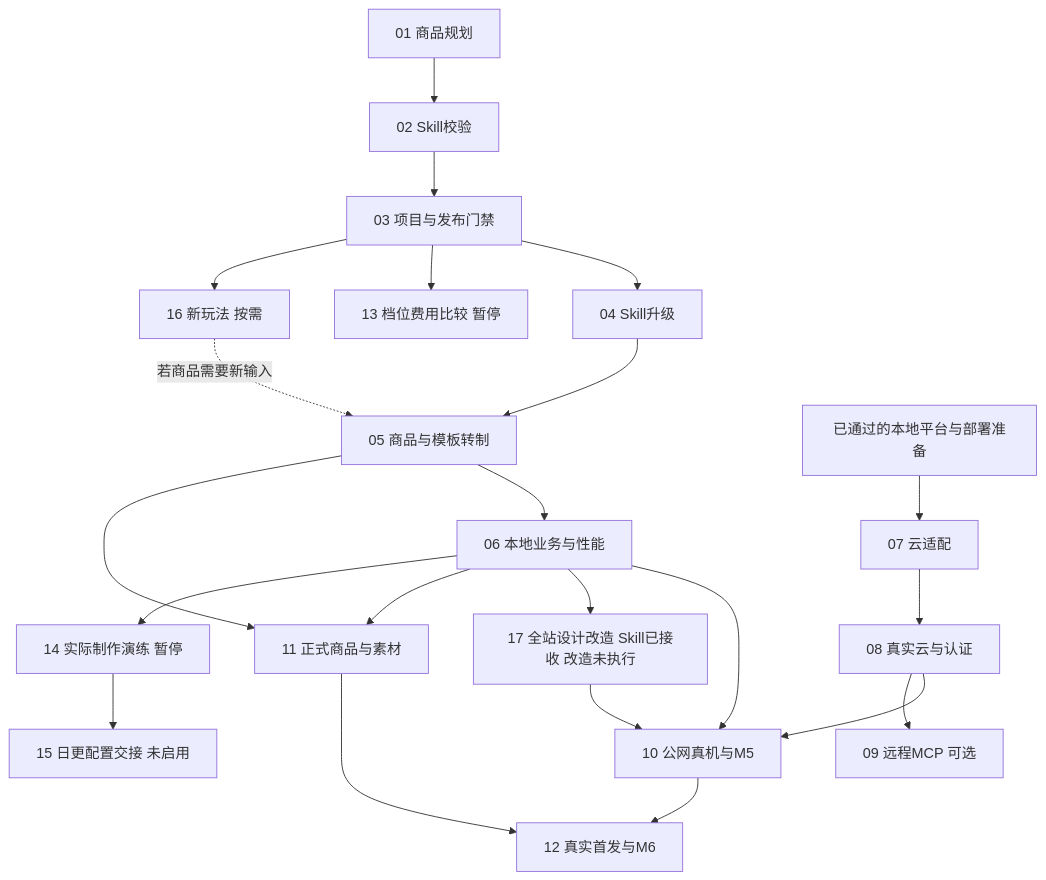
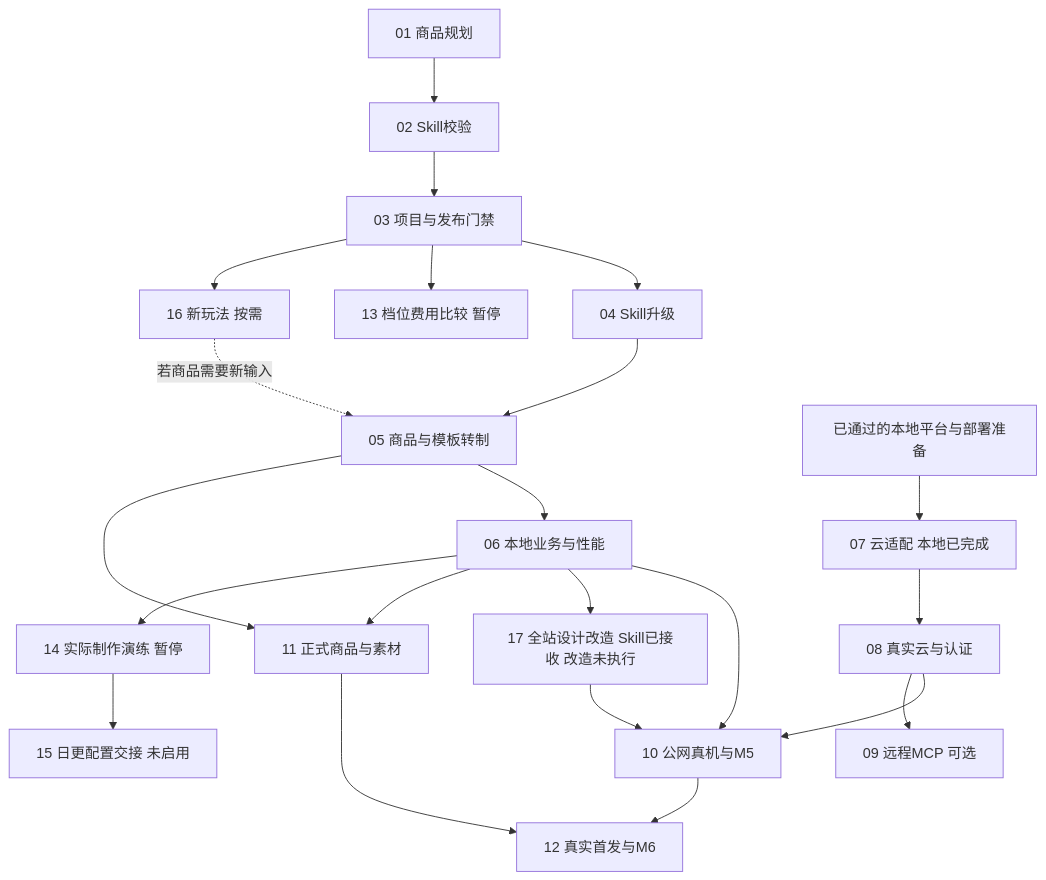
The diagram in prd/v1/tasks/README.md (mikoe133/Or-Ai), drawn with Mermaid before and after one commit. The commit also changed other lines of this file and 22 other files, not shown here.

````diff
--- a/prd/v1/tasks/README.md
+++ b/prd/v1/tasks/README.md
@@ -39,24 +38,24 @@
 ```mermaid
 flowchart TD
   A01[01 商品规划] --> A02[02 Skill校验]
   A02 --> A03[03 项目与发布门禁]
   A03 --> A04[04 Skill升级]
   A04 --> A05[05 商品与模板转制]
   A05 --> A06[06 本地业务与性能]
-  BASE[已通过的本地平台与部署准备] --> A07[07 云适配]
+  BASE[已通过的本地平台与部署准备] --> A07[07 云适配 本地已完成]
   A07 --> A08[08 真实云与认证]
   A06 --> A10[10 公网真机与M5]
   A08 --> A10
   A06 --> A17[17 全站设计改造 Skill已接收 改造未执行]
   A17 --> A10
   A08 --> A09[09 远程MCP 可选]
   A05 --> A11[11 正式商品与素材]
   A06 --> A11
   A11 --> A12[12 真实首发与M6]
   A10 --> A12
   A03 --> A13[13 档位费用比较 暂停]
   A06 --> A14[14 实际制作演练 暂停]
   A14 --> A15[15 日更配置交接 未启用]
   A03 --> A16[16 新玩法 按需]
   A16 -. 若商品需要新输入 .-> A05
 ```
````
